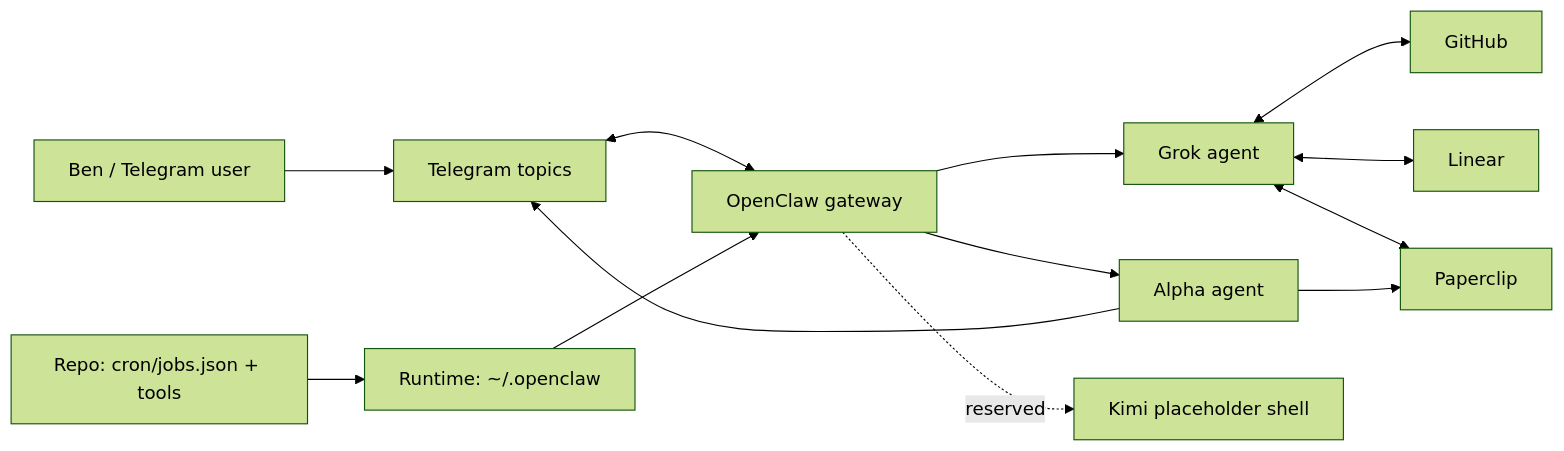
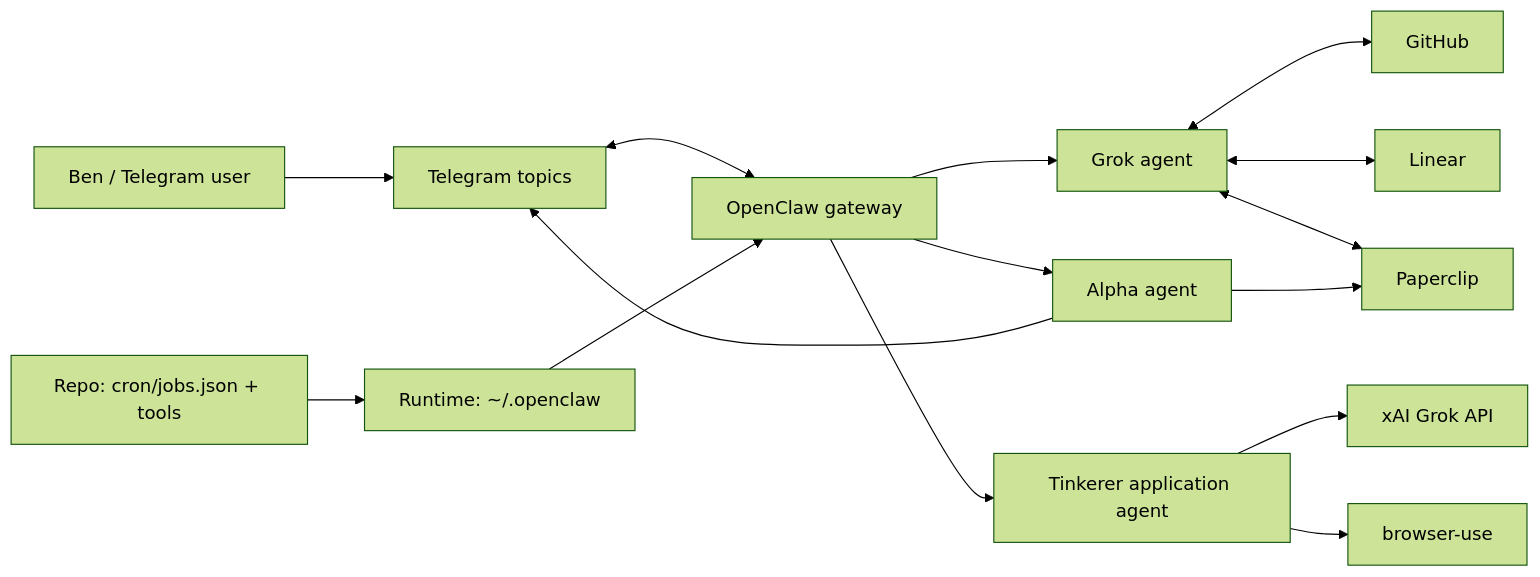
The first of 3 diagrams in docs/system-architecture.md (BenSheridanEdwards/GrokClaw), drawn with Mermaid (forest theme) before and after one commit. The commit also changed other lines of this file and 22 other files, not shown here.

First line of the commit message:
feat(tinkerer): introduce Tinkerer agent for Stationed AI application

````diff
--- a/docs/system-architecture.md
+++ b/docs/system-architecture.md
@@ -37,27 +37,32 @@
 ```mermaid
 flowchart LR
     Ben[Ben / Telegram user]
     TG[Telegram topics]
     GH[GitHub]
     Lin[Linear]
     Pc[Paperclip]
     Repo[Repo: cron/jobs.json + tools]
     Rt[Runtime: ~/.openclaw]
     Gw[OpenClaw gateway]
     Grok[Grok agent]
     Alpha[Alpha agent]
-    Kimi[Kimi placeholder shell]
+    Tinkerer[Tinkerer application agent]
+
+    xAI[xAI Grok API]
+    BU[browser-use]
 
     Ben --> TG
     TG <--> Gw
     Gw --> Grok
     Gw --> Alpha
-    Gw -. reserved .-> Kimi
+    Gw --> Tinkerer
     Grok <--> GH
     Grok <--> Lin
     Grok <--> Pc
     Alpha --> TG
     Alpha --> Pc
+    Tinkerer --> xAI
+    Tinkerer --> BU
     Repo --> Rt
     Rt --> Gw
 ```
````
